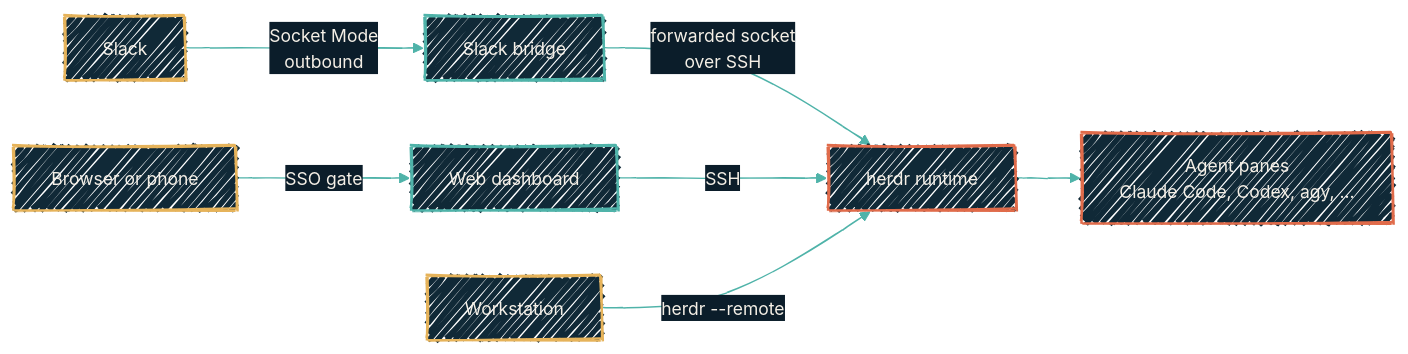
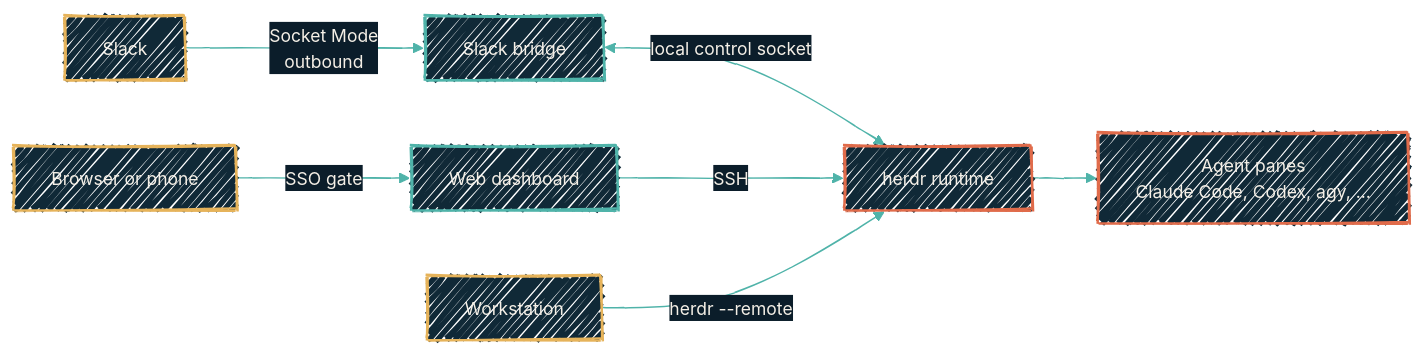
One commit to dryvist/docs changed the diagram in autonomous-agents/herdr.mdx. Above: the diagram before and after it, drawn with Mermaid. The commit also changed other lines of this file and 1 other file, not shown here.

````diff
--- a/autonomous-agents/herdr.mdx
+++ b/autonomous-agents/herdr.mdx
@@ -24,19 +24,19 @@
 ```mermaid
 %%{init:
   {'theme':'base','look':'handDrawn','themeVariables':{'fontFamily':'Geist','fontSize':'14px','primaryColor':'#102937','primaryTextColor':'#F4EFE6','primaryBorderColor':'#4FB3A9','lineColor':'#4FB3A9','secondaryColor':'#0B1D2A','tertiaryColor':'#1A2A38','clusterBkg':'rgba(79,179,169,0.08)','clusterBorder':'#4FB3A9'}}}%%
   flowchart LR
   Slack[Slack] -->|Socket Mode<br>outbound| Bridge[Slack bridge]
   Browser[Browser or phone] -->|SSO gate| Dash[Web dashboard]
-  Bridge -->|forwarded socket<br>over SSH| Runtime[herdr runtime]
+  Bridge <-->|local control socket| Runtime[herdr runtime]
   Dash -->|SSH| Runtime
   Runtime --> Panes[Agent panes<br>Claude Code, Codex, agy, ...]
   Laptop[Workstation] -->|herdr --remote| Runtime
 
   classDef ext  fill:#102937,stroke:#E6B35A,stroke-width:2px,color:#F4EFE6;
   classDef hop  fill:#102937,stroke:#4FB3A9,stroke-width:2px,color:#F4EFE6;
   classDef core fill:#102937,stroke:#E06B4A,stroke-width:2px,color:#F4EFE6;
 
   class Slack,Browser,Laptop ext;
   class Bridge,Dash hop;
   class Runtime,Panes core;
 ```
````
